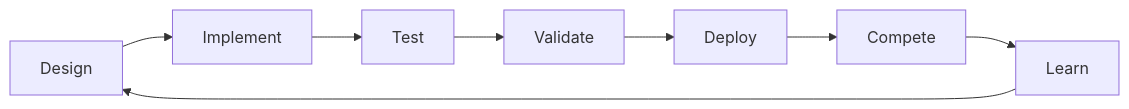
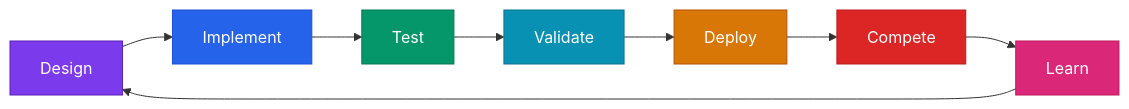
The diagram in docs/engineering/engineering-process.md (eeveemara/frc5962-2026-docs), drawn with Mermaid before and after one commit. The commit also changed 14 other files, not shown here.

Commit message:
Add explicit colors to all 20 mermaid diagrams for GitBook dark mode

````diff
--- a/docs/engineering/engineering-process.md
+++ b/docs/engineering/engineering-process.md
@@ -13,10 +13,18 @@
 ```mermaid
 flowchart LR
     D[Design] --> I[Implement]
     I --> T[Test]
     T --> V[Validate]
     V --> DP[Deploy]
     DP --> C[Compete]
     C --> L[Learn]
     L --> D
+
+    style D fill:#7c3aed,stroke:#5b21b6,color:#fff
+    style I fill:#2563eb,stroke:#1d4ed8,color:#fff
+    style T fill:#059669,stroke:#047857,color:#fff
+    style V fill:#0891b2,stroke:#0e7490,color:#fff
+    style DP fill:#d97706,stroke:#b45309,color:#fff
+    style C fill:#dc2626,stroke:#b91c1c,color:#fff
+    style L fill:#db2777,stroke:#be185d,color:#fff
 ```
````
